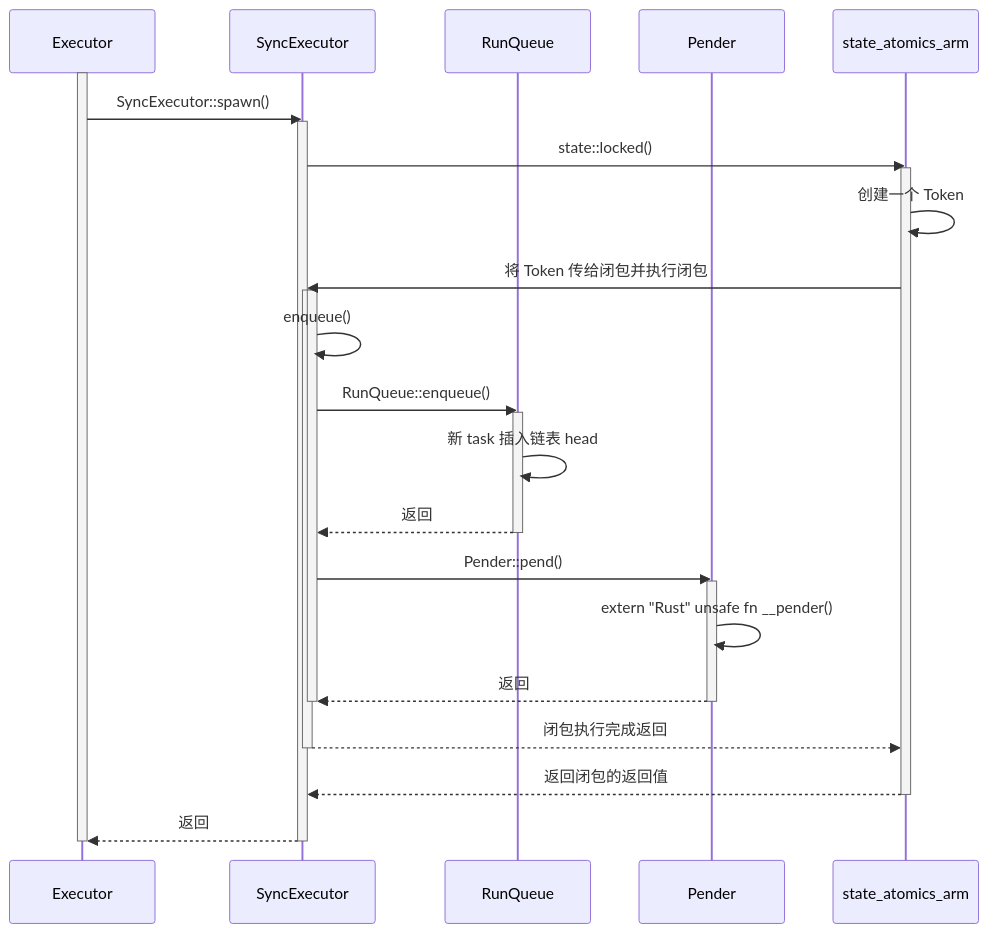
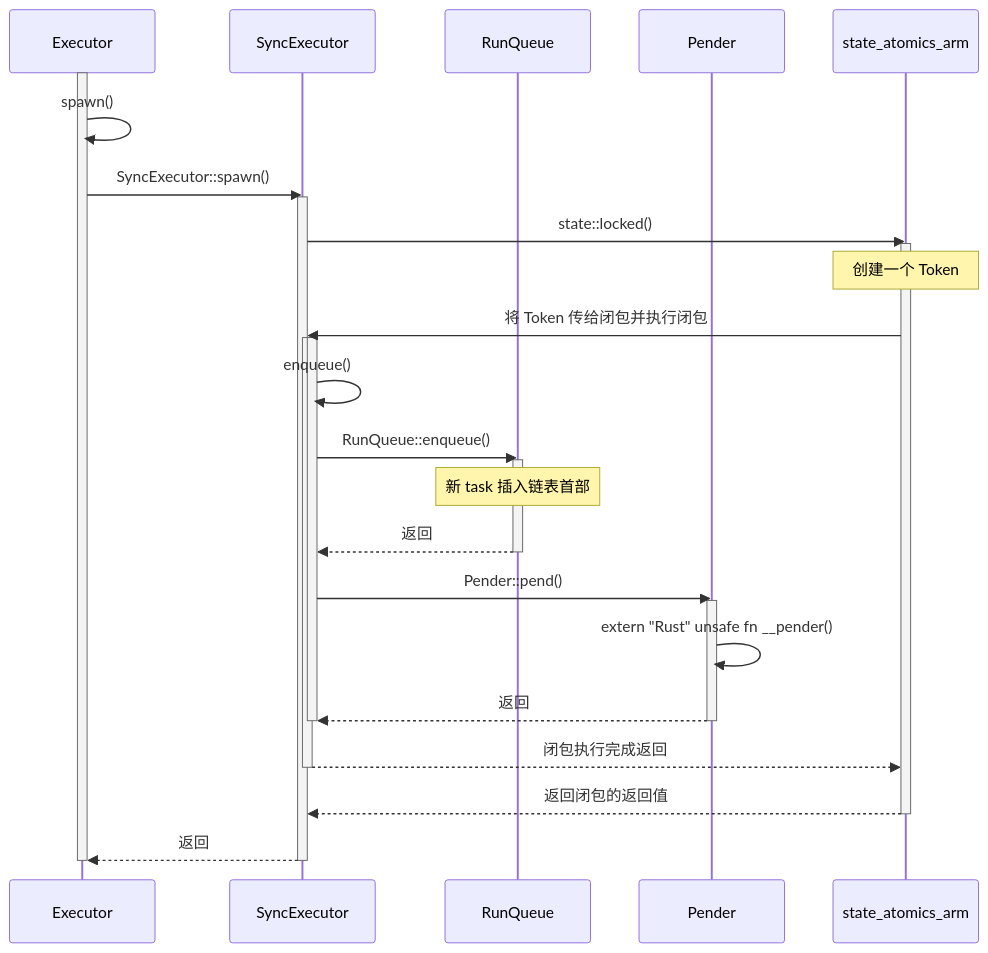
The second of 5 diagrams in 过程记录/rust/rust异步/Embassy/executor/raw/mod.md (hy-huang20/GraduationProject), drawn with Mermaid before and after one commit. The commit also changed other lines of this file, not shown here.

````diff
--- a/过程记录/rust/rust异步/Embassy/executor/raw/mod.md
+++ b/过程记录/rust/rust异步/Embassy/executor/raw/mod.md
@@ -45,37 +139,38 @@
 ```mermaid
 sequenceDiagram
     participant Executor
     participant SyncExecutor
     participant RunQueue
     participant Pender
     participant state_atomics_arm
 
     activate Executor
+        Executor->>Executor: spawn()
         Executor->>SyncExecutor: SyncExecutor::spawn()
         activate SyncExecutor
             SyncExecutor->>state_atomics_arm: state::locked()
             activate state_atomics_arm
-                state_atomics_arm->>state_atomics_arm: 创建一个 Token
+                note over state_atomics_arm: 创建一个 Token
                 state_atomics_arm->>SyncExecutor: 将 Token 传给闭包并执行闭包
                 activate SyncExecutor
                     activate SyncExecutor
                         SyncExecutor->>SyncExecutor: enqueue()
                         SyncExecutor->>RunQueue: RunQueue::enqueue()
                         activate RunQueue
-                            RunQueue->>RunQueue: 新 task 插入链表 head
+                            note over RunQueue: 新 task 插入链表首部
                             RunQueue-->>SyncExecutor: 返回
                         deactivate RunQueue
                         SyncExecutor->>Pender: Pender::pend()
                         activate Pender
                             Pender->>Pender: extern "Rust" unsafe fn __pender()
                             Pender-->>SyncExecutor: 返回
                         deactivate Pender
                     deactivate SyncExecutor
                     SyncExecutor-->>state_atomics_arm: 闭包执行完成返回
                 deactivate SyncExecutor
                 state_atomics_arm-->>SyncExecutor: 返回闭包的返回值
             deactivate state_atomics_arm
             SyncExecutor-->>Executor: 返回
         deactivate SyncExecutor
     deactivate Executor
 ```
````
